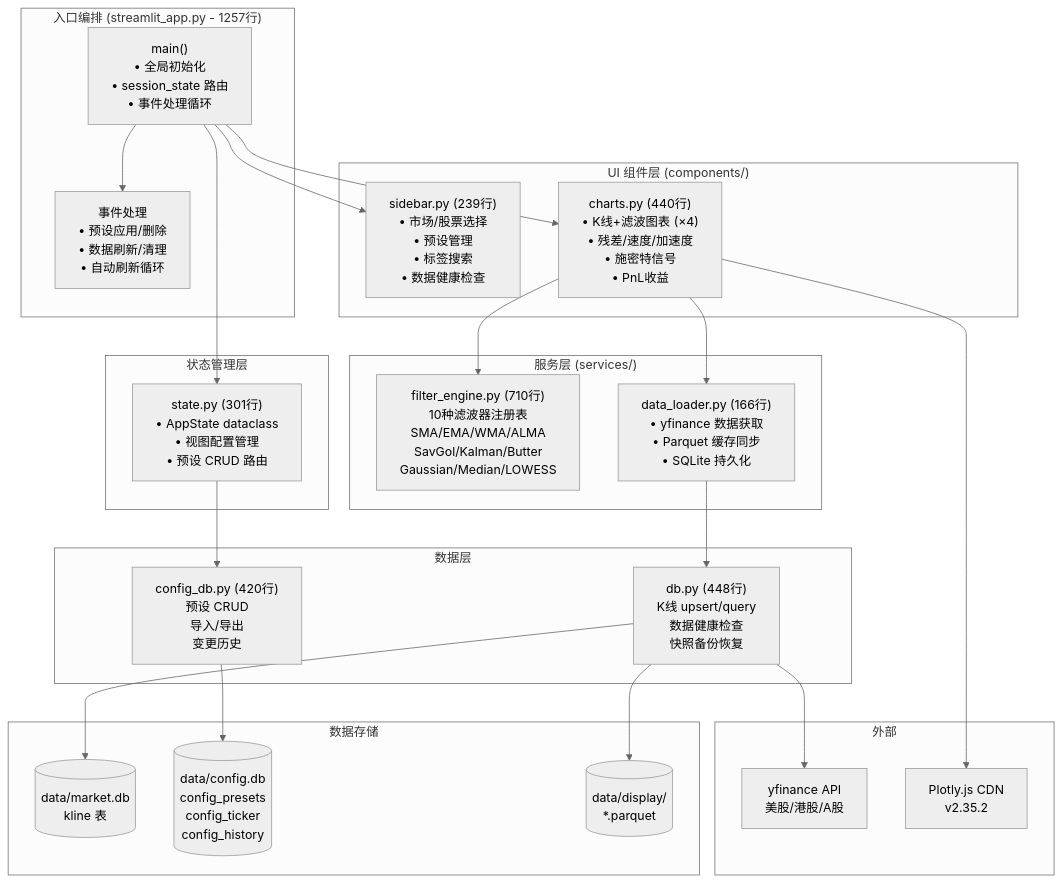
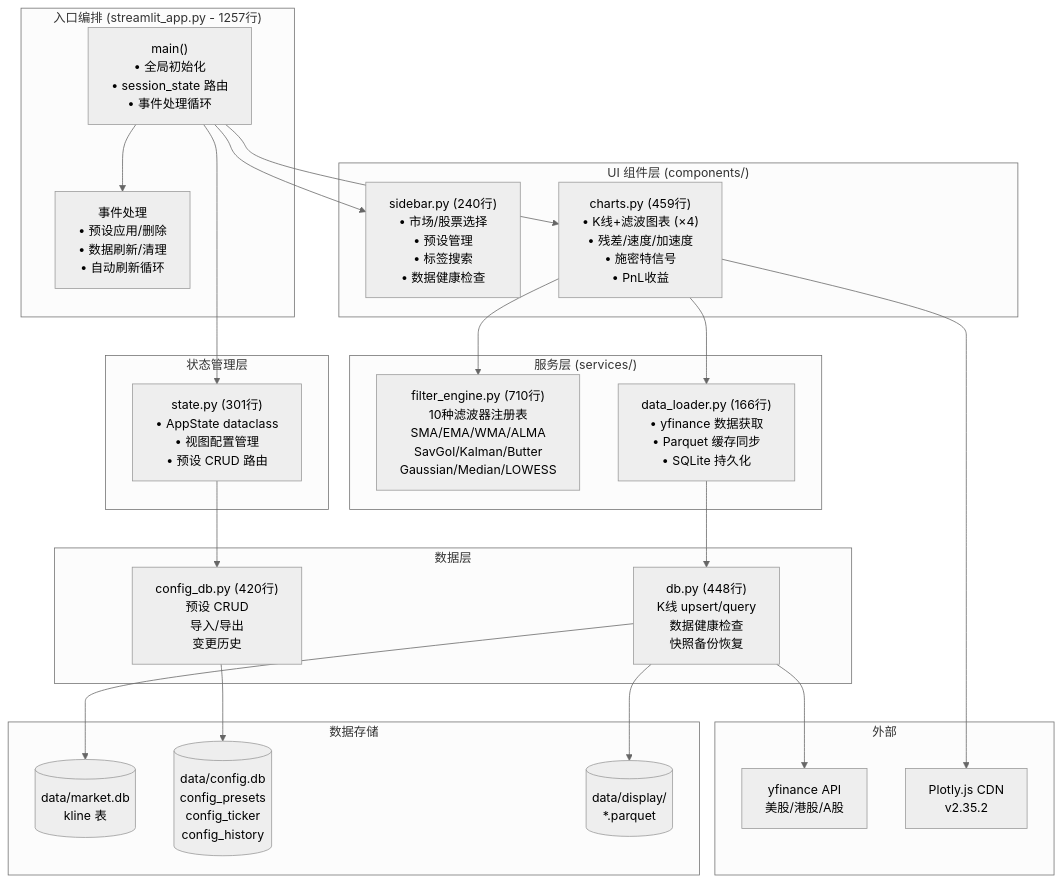
The first of 3 diagrams in docs/streamlit-engineering-analysis-report.md (pxf0797/filter-algorithms-research), drawn with Mermaid (neutral theme) before and after one commit. The commit also changed other lines of this file, not shown here.

````diff
--- a/docs/streamlit-engineering-analysis-report.md
+++ b/docs/streamlit-engineering-analysis-report.md
@@ -92,51 +99,51 @@
 ```mermaid
 graph TD
     subgraph "入口编排 (streamlit_app.py - 1257行)"
         MAIN["main()<br/>• 全局初始化<br/>• session_state 路由<br/>• 事件处理循环"]
         EVENTS["事件处理<br/>• 预设应用/删除<br/>• 数据刷新/清理<br/>• 自动刷新循环"]
     end
 
     subgraph "UI 组件层 (components/)"
-        SIDEBAR["sidebar.py (239行)<br/>• 市场/股票选择<br/>• 预设管理<br/>• 标签搜索<br/>• 数据健康检查"]
-        CHARTS["charts.py (440行)<br/>• K线+滤波图表 (×4)<br/>• 残差/速度/加速度<br/>• 施密特信号<br/>• PnL收益"]
+        SIDEBAR["sidebar.py (240行)<br/>• 市场/股票选择<br/>• 预设管理<br/>• 标签搜索<br/>• 数据健康检查"]
+        CHARTS["charts.py (459行)<br/>• K线+滤波图表 (×4)<br/>• 残差/速度/加速度<br/>• 施密特信号<br/>• PnL收益"]
     end
 
     subgraph "服务层 (services/)"
         FILTERS["filter_engine.py (710行)<br/>10种滤波器注册表<br/>SMA/EMA/WMA/ALMA<br/>SavGol/Kalman/Butter<br/>Gaussian/Median/LOWESS"]
         DATA_LOAD["data_loader.py (166行)<br/>• yfinance 数据获取<br/>• Parquet 缓存同步<br/>• SQLite 持久化"]
     end
 
     subgraph "状态管理层"
         STATE["state.py (301行)<br/>• AppState dataclass<br/>• 视图配置管理<br/>• 预设 CRUD 路由"]
     end
 
     subgraph "数据层"
         DB["db.py (448行)<br/>K线 upsert/query<br/>数据健康检查<br/>快照备份恢复"]
         CONFIG["config_db.py (420行)<br/>预设 CRUD<br/>导入/导出<br/>变更历史"]
     end
 
     subgraph "数据存储"
         SQLITE_M[("data/market.db<br/>kline 表")]
         SQLITE_C[("data/config.db<br/>config_presets<br/>config_ticker<br/>config_history")]
         PARQUET[("data/display/<br/>*.parquet")]
     end
 
     subgraph "外部"
         YF["yfinance API<br/>美股/港股/A股"]
         CDN["Plotly.js CDN<br/>v2.35.2"]
     end
 
     MAIN --> EVENTS
     MAIN --> SIDEBAR
     MAIN --> CHARTS
     MAIN --> STATE
     STATE --> CONFIG
     CHARTS --> FILTERS
     CHARTS --> DATA_LOAD
     DATA_LOAD --> DB
     DB --> SQLITE_M
     DB --> PARQUET
     DB --> YF
     CONFIG --> SQLITE_C
     CHARTS --> CDN
 ```
````
